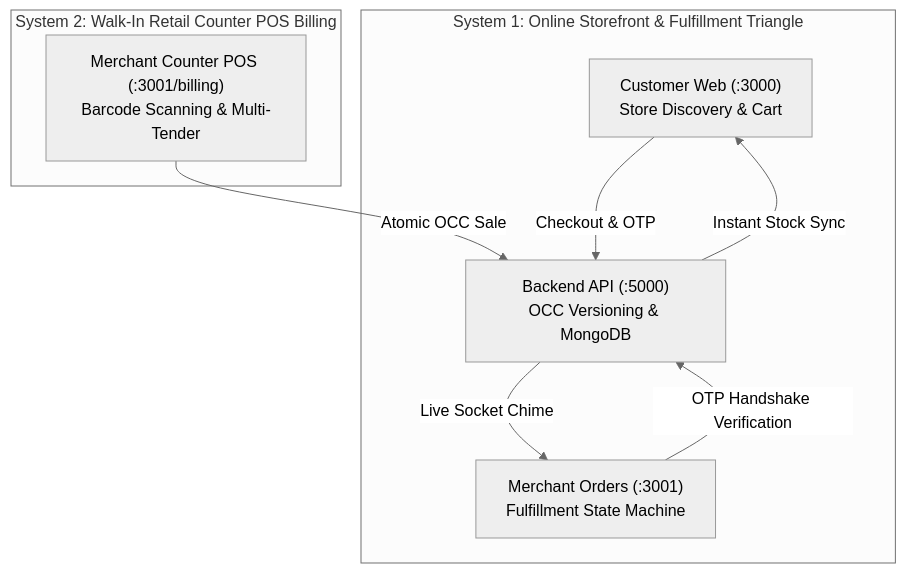
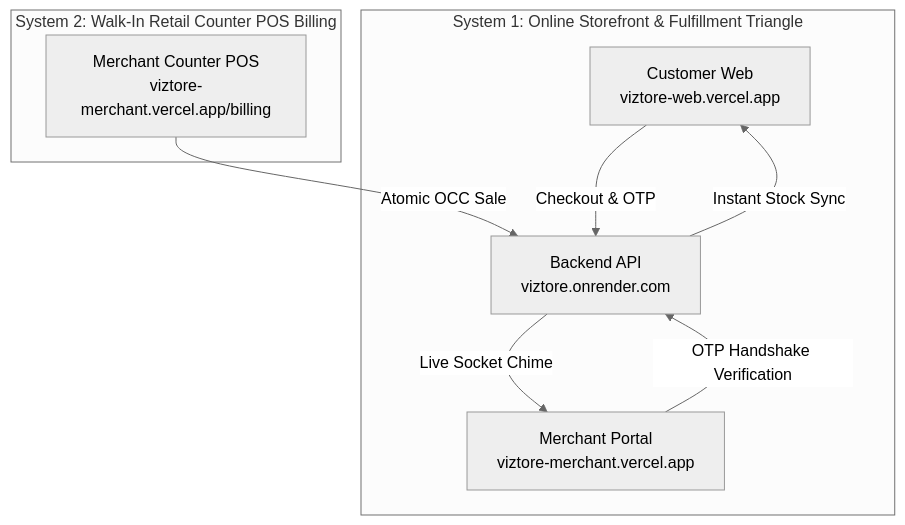
The diagram in E2E_STAGING_TESTING_GUIDE.md (UtkarshShrivastava1/qucom-platform-root), drawn with Mermaid (neutral theme) before and after one commit. The commit also changed other lines of this file, not shown here.

Commit message:
docs: include live production vercel urls in staging testing guide

````diff
--- a/E2E_STAGING_TESTING_GUIDE.md
+++ b/E2E_STAGING_TESTING_GUIDE.md
@@ -13,13 +22,13 @@
 ```mermaid
 graph TD
     subgraph System 1: Online Storefront & Fulfillment Triangle
-        CW["Customer Web (:3000)<br/>Store Discovery & Cart"] -->|Checkout & OTP| BK["Backend API (:5000)<br/>OCC Versioning & MongoDB"]
-        BK -->|Live Socket Chime| MP["Merchant Orders (:3001)<br/>Fulfillment State Machine"]
+        CW["Customer Web<br/>viztore-web.vercel.app"] -->|Checkout & OTP| BK["Backend API<br/>viztore.onrender.com"]
+        BK -->|Live Socket Chime| MP["Merchant Portal<br/>viztore-merchant.vercel.app"]
         MP -->|OTP Handshake Verification| BK
     end
 
     subgraph System 2: Walk-In Retail Counter POS Billing
-        POS["Merchant Counter POS (:3001/billing)<br/>Barcode Scanning & Multi-Tender"] -->|Atomic OCC Sale| BK
+        POS["Merchant Counter POS<br/>viztore-merchant.vercel.app/billing"] -->|Atomic OCC Sale| BK
         BK -->|Instant Stock Sync| CW
     end
 ```
````
